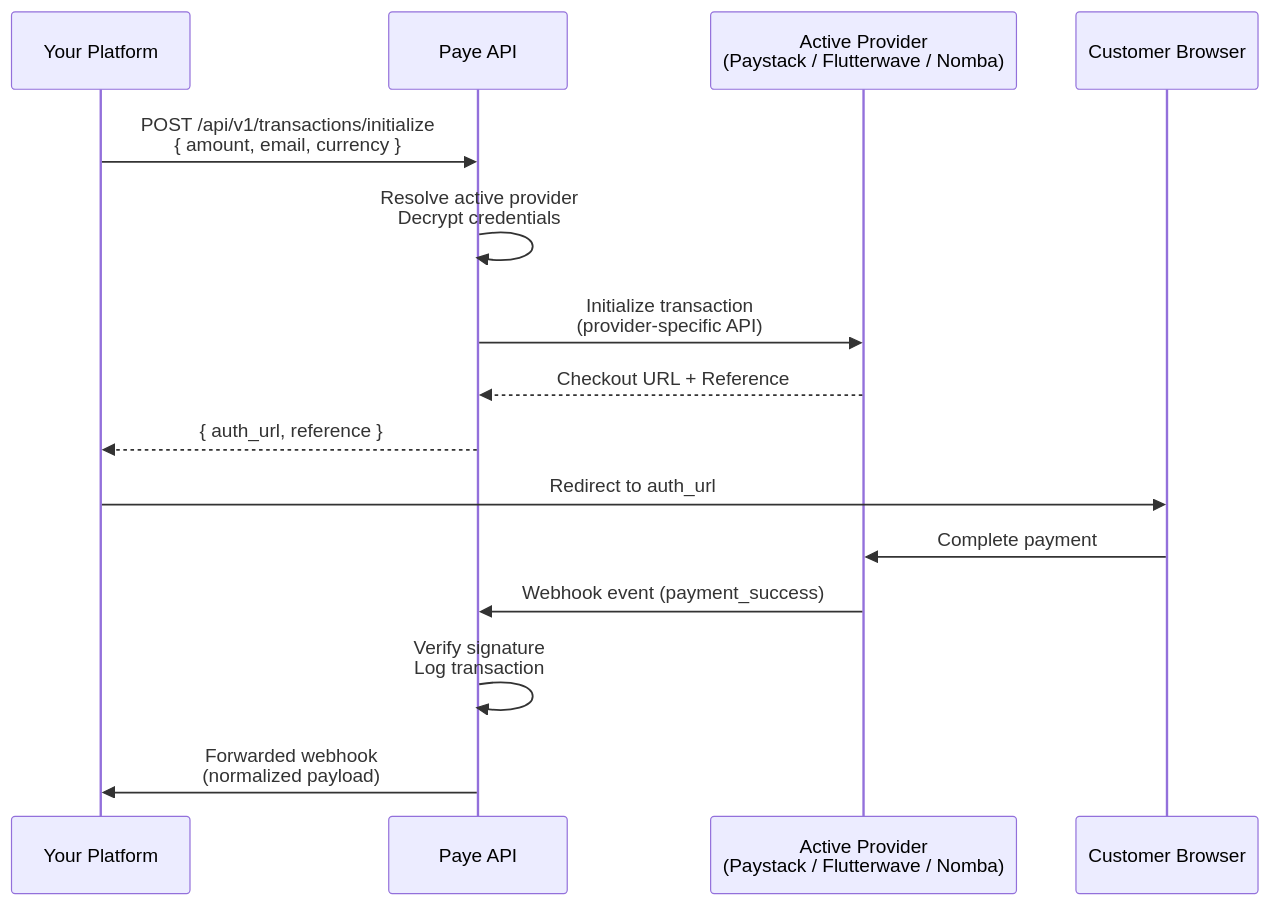
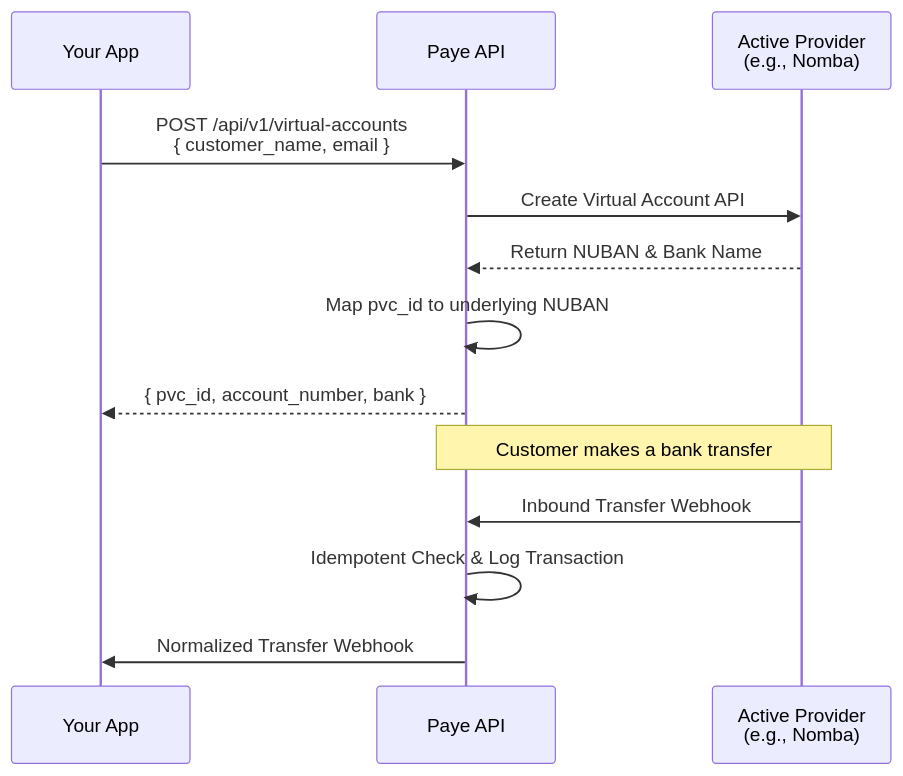
The second of 5 diagrams in README.md (Deniwn22/paye), drawn with Mermaid before and after one commit. The commit also changed other lines of this file, not shown here.

Commit message:
docs: update README with hackathon notice, unified virtual accounts, and verifiable statements flow

````diff
--- a/README.md
+++ b/README.md
@@ -57,18 +64,17 @@
 ```mermaid
 sequenceDiagram
-    participant Platform as Your Platform
+    participant App as Your App
     participant Paye as Paye API
-    participant Provider as Active Provider<br/>(Paystack / Flutterwave / Nomba)
-    participant Customer as Customer Browser
-
-    Platform->>Paye: POST /api/v1/transactions/initialize<br/>{ amount, email, currency }
-    Paye->>Paye: Resolve active provider<br/>Decrypt credentials
-    Paye->>Provider: Initialize transaction<br/>(provider-specific API)
-    Provider-->>Paye: Checkout URL + Reference
-    Paye-->>Platform: { auth_url, reference }
-    Platform->>Customer: Redirect to auth_url
-    Customer->>Provider: Complete payment
-    Provider->>Paye: Webhook event (payment_success)
-    Paye->>Paye: Verify signature<br/>Log transaction
-    Paye->>Platform: Forwarded webhook<br/>(normalized payload)
+    participant Provider as Active Provider<br/>(e.g., Nomba)
+    
+    App->>Paye: POST /api/v1/virtual-accounts<br/>{ customer_name, email }
+    Paye->>Provider: Create Virtual Account API
+    Provider-->>Paye: Return NUBAN & Bank Name
+    Paye->>Paye: Map pvc_id to underlying NUBAN
+    Paye-->>App: { pvc_id, account_number, bank }
+    
+    Note over Provider, Paye: Customer makes a bank transfer
+    Provider->>Paye: Inbound Transfer Webhook
+    Paye->>Paye: Idempotent Check & Log Transaction
+    Paye->>App: Normalized Transfer Webhook
 ```
````
